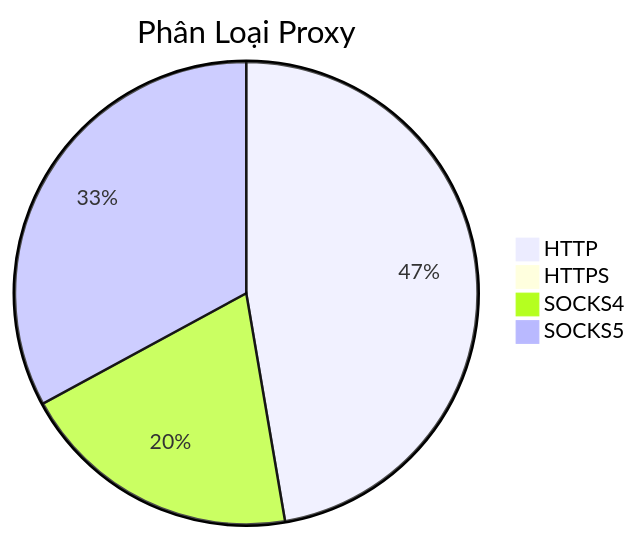
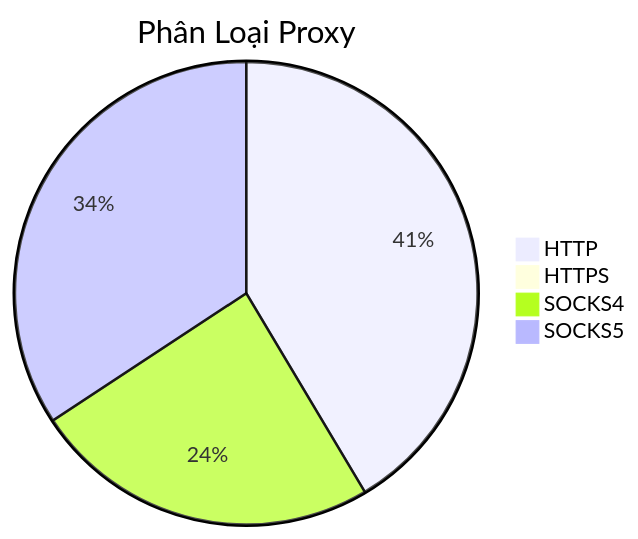
One commit to Ciara-12/PROXY-free changed the diagram in README.md. Above: the diagram before and after it, drawn with Mermaid. The commit also changed other lines of this file and 3 other files, not shown here.

````diff
--- a/README.md
+++ b/README.md
@@ -26,7 +26,7 @@
 ```mermaid
 pie title Phân Loại Proxy
-    "HTTP" : 414
+    "HTTP" : 341
     "HTTPS" : 0
-    "SOCKS4" : 173
-    "SOCKS5" : 288
+    "SOCKS4" : 200
+    "SOCKS5" : 282
 ```
````
